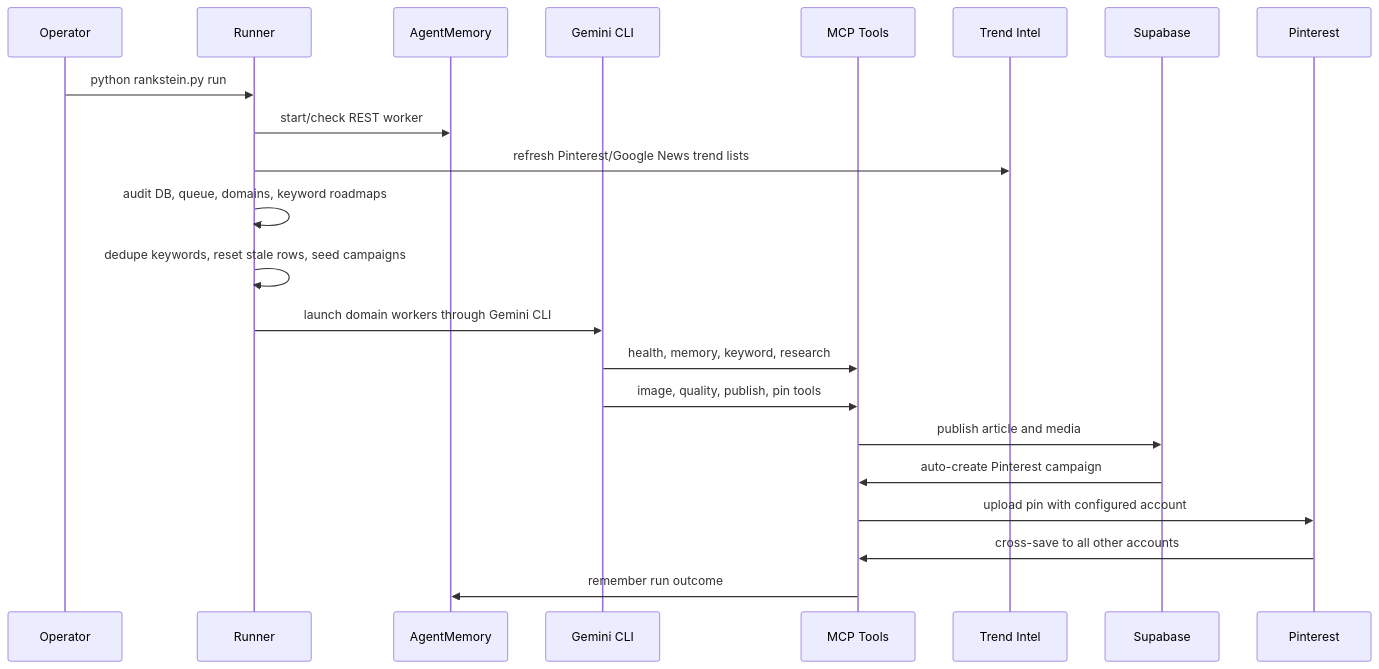
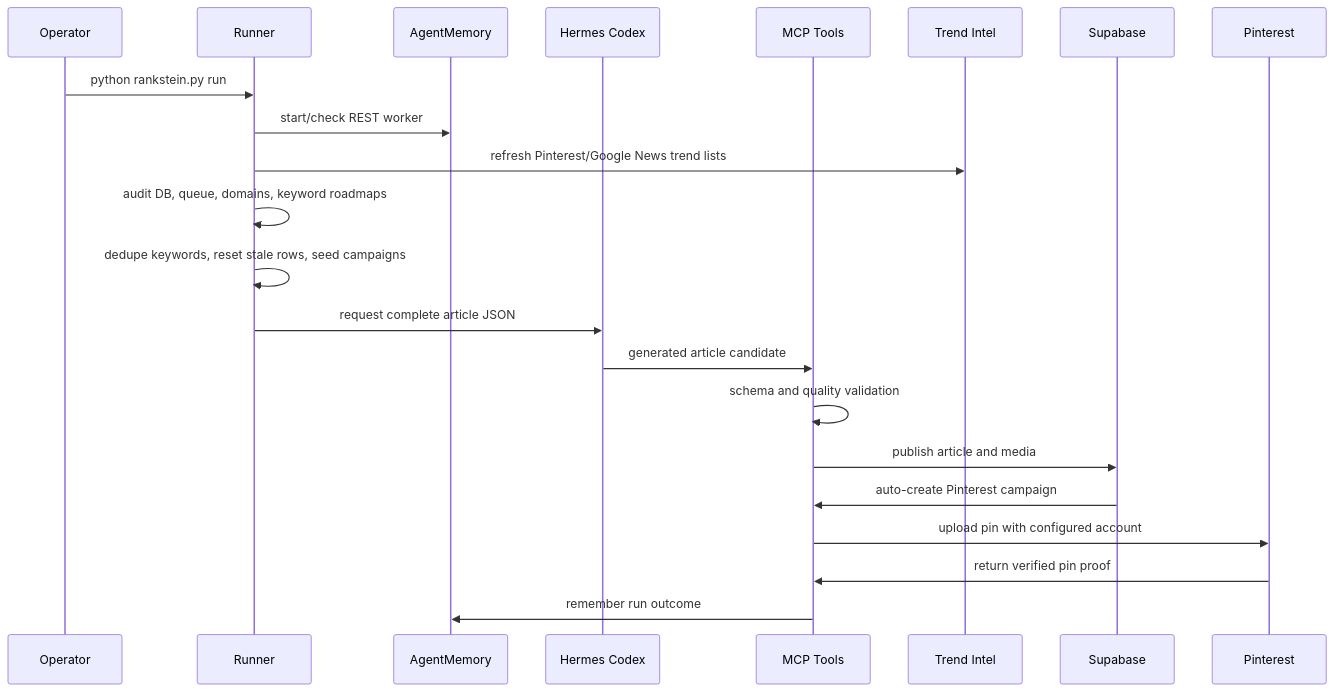
The diagram in docs/system/AUTONOMOUS_AGENTIC_SYSTEM.md (ridaelalaoui42-sys/Rankstien), drawn with Mermaid before and after one commit. The commit also changed other lines of this file and 312 other files, not shown here.

````diff
--- a/docs/system/AUTONOMOUS_AGENTIC_SYSTEM.md
+++ b/docs/system/AUTONOMOUS_AGENTIC_SYSTEM.md
@@ -9,25 +9,25 @@
 ```mermaid
 sequenceDiagram
     participant O as Operator
     participant R as Runner
     participant M as AgentMemory
-    participant G as Gemini CLI
+    participant H as Hermes Codex
     participant T as MCP Tools
     participant X as Trend Intel
     participant S as Supabase
     participant P as Pinterest
 
     O->>R: python rankstein.py run
     R->>M: start/check REST worker
     R->>X: refresh Pinterest/Google News trend lists
     R->>R: audit DB, queue, domains, keyword roadmaps
     R->>R: dedupe keywords, reset stale rows, seed campaigns
-    R->>G: launch domain workers through Gemini CLI
-    G->>T: health, memory, keyword, research
-    G->>T: image, quality, publish, pin tools
+    R->>H: request complete article JSON
+    H->>T: generated article candidate
+    T->>T: schema and quality validation
     T->>S: publish article and media
     S->>T: auto-create Pinterest campaign
     T->>P: upload pin with configured account
-    P->>T: cross-save to all other accounts
+    P->>T: return verified pin proof
     T->>M: remember run outcome
 ```
````
